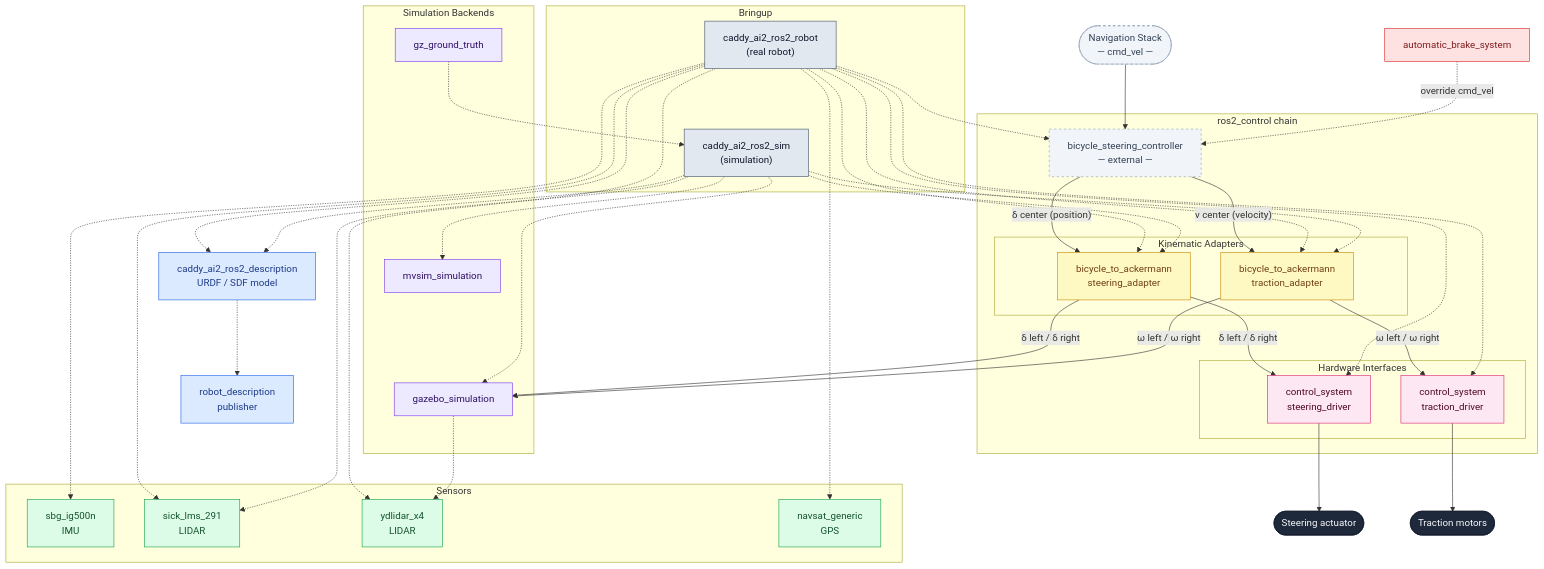
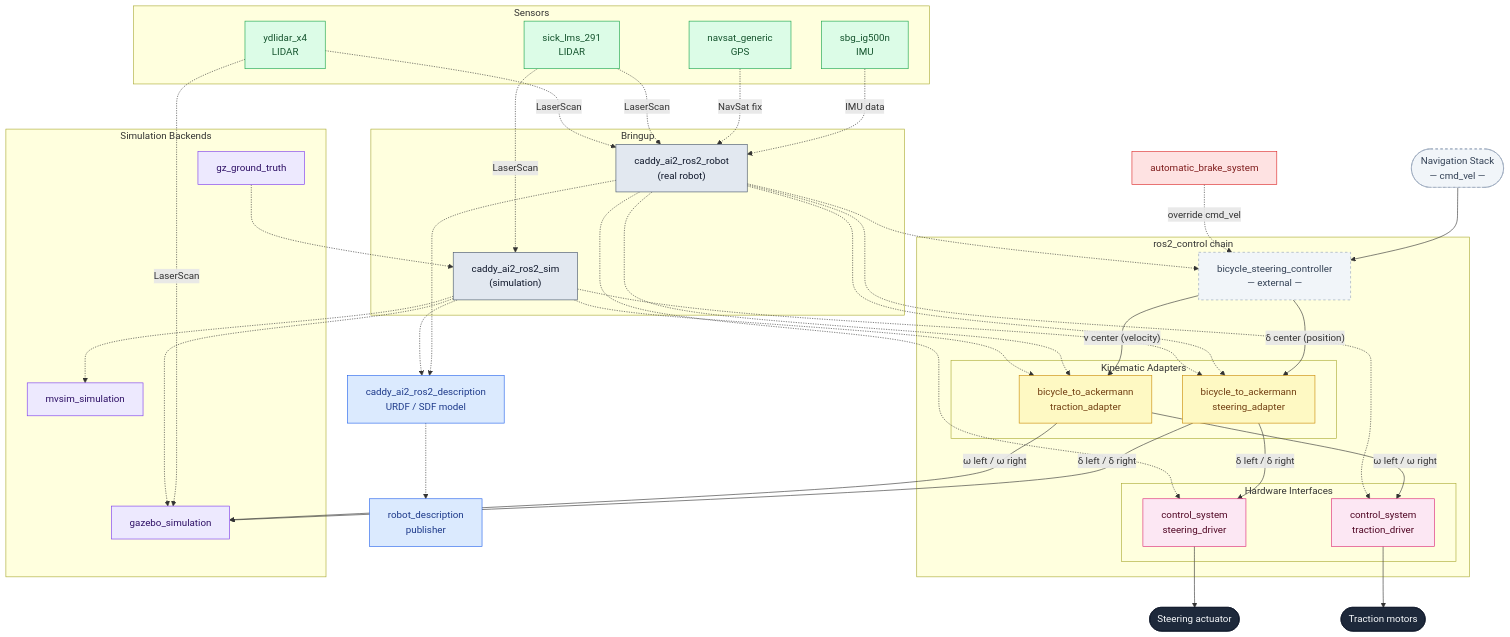
Before and after one commit to racarla96/caddy_ai2_ros2_conventions: the diagram in ARCHITECTURE.md, drawn with Mermaid.

Commit message:
Invert sensor arrows: sensors feed data downward into the system

```diff
--- a/ARCHITECTURE.md
+++ b/ARCHITECTURE.md
@@ -78,20 +78,25 @@
     %% Package dependencies (dashed)
     %% ═══════════════════════════════════════════════════════════
 
+    %% Sensors feed data downward into the system
+    SBG  -. "IMU data" .-> ROBOT
+    NAVSAT -. "NavSat fix" .-> ROBOT
+    SICK -. "LaserScan" .-> ROBOT
+    SICK -. "LaserScan" .-> SIM
+    YDLIDAR -. "LaserScan" .-> ROBOT
+    YDLIDAR -. "LaserScan" .-> GZ
+
     %% Real robot bringup
     ROBOT -.-> DESC
     ROBOT -.-> BSC
     ROBOT -.-> SA & TA
     ROBOT -.-> SD & TD
-    ROBOT -.-> SBG & SICK & YDLIDAR & NAVSAT
 
     %% Simulation bringup
     SIM -.-> DESC
     SIM -.-> SA & TA
     SIM -.-> GZ & MVSIM
-    SIM -.-> SICK
     GGT -.-> SIM
-    GZ -.-> YDLIDAR
 
     %% Shared
     DESC -.-> RDP
```
